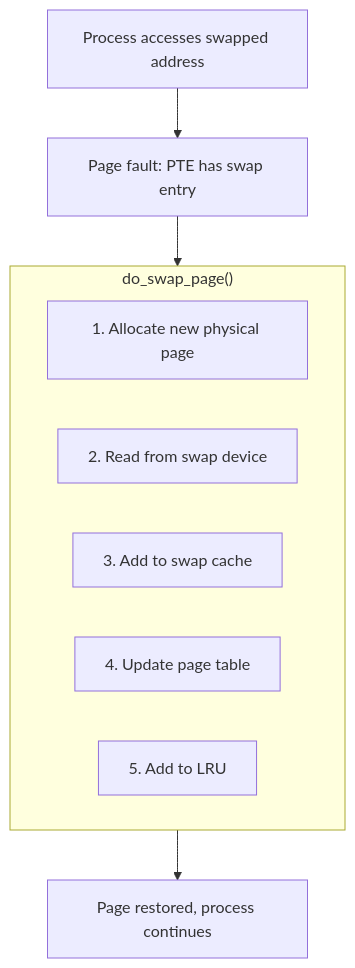
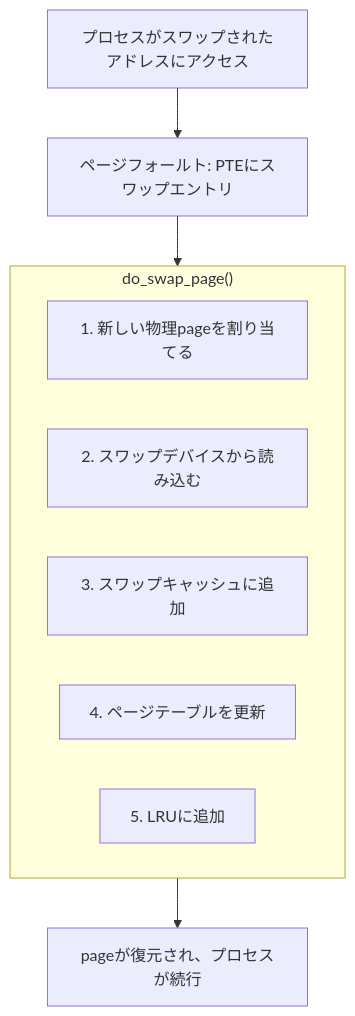
One commit to doguto/linux-kernel-internals-jp changed diagram 11 of 15 in docs/mm/life-of-page.md. Above: the diagram before and after it, drawn with Mermaid. The commit also changed other lines of this file and 27 other files, not shown here.

````diff
--- a/docs/mm/life-of-page.md
+++ b/docs/mm/life-of-page.md
@@ -331,15 +331,15 @@
 ```mermaid
 flowchart TD
-    A["Process accesses swapped address"] --> B["Page fault: PTE has swap entry"]
+    A["プロセスがスワップされたアドレスにアクセス"] --> B["ページフォールト: PTEにスワップエントリ"]
     B --> C["do_swap_page()"]
 
     subgraph C["do_swap_page()"]
-        C1["1. Allocate new physical page"]
-        C2["2. Read from swap device"]
-        C3["3. Add to swap cache"]
-        C4["4. Update page table"]
-        C5["5. Add to LRU"]
+        C1["1. 新しい物理pageを割り当てる"]
+        C2["2. スワップデバイスから読み込む"]
+        C3["3. スワップキャッシュに追加"]
+        C4["4. ページテーブルを更新"]
+        C5["5. LRUに追加"]
     end
 
-    C --> D["Page restored, process continues"]
+    C --> D["pageが復元され、プロセスが続行"]
 ```
````
